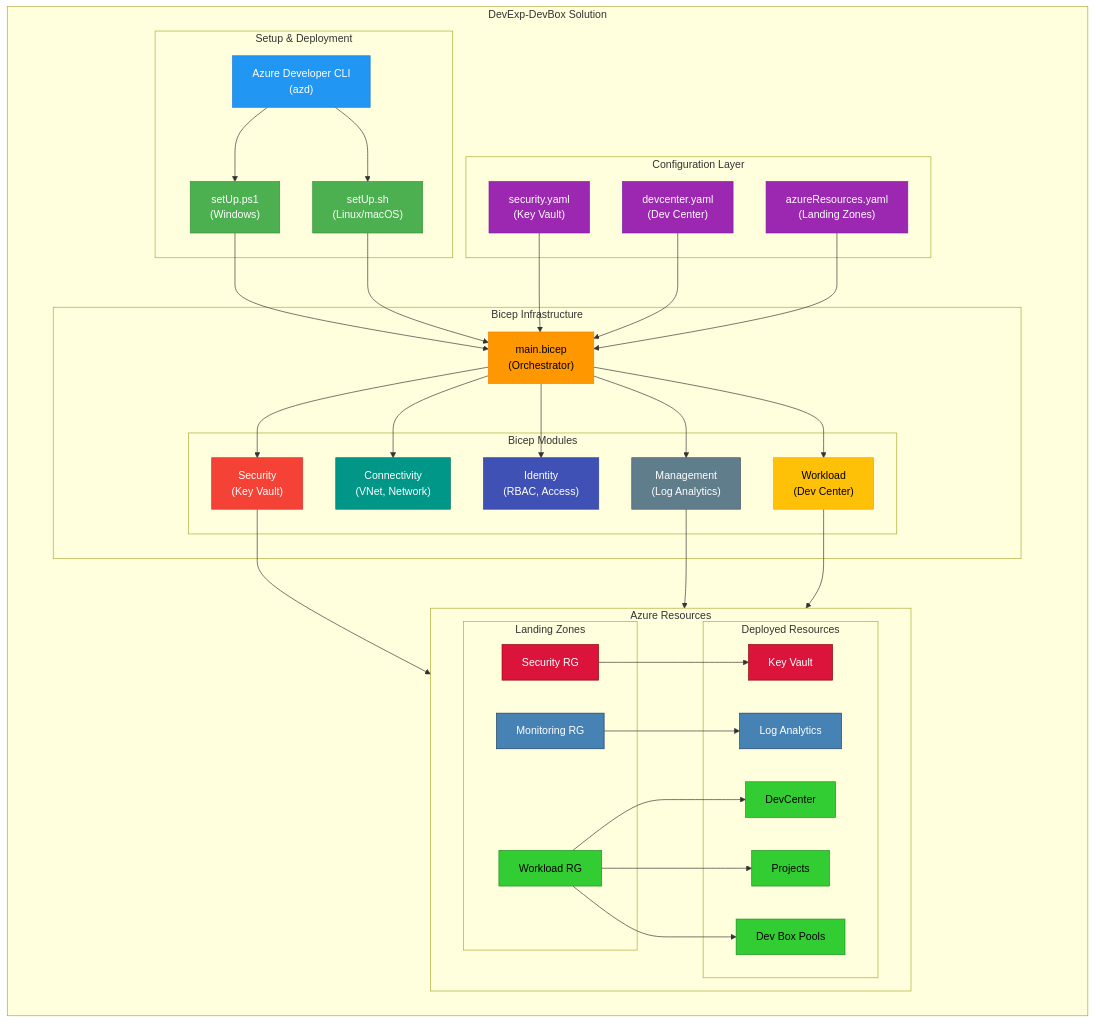
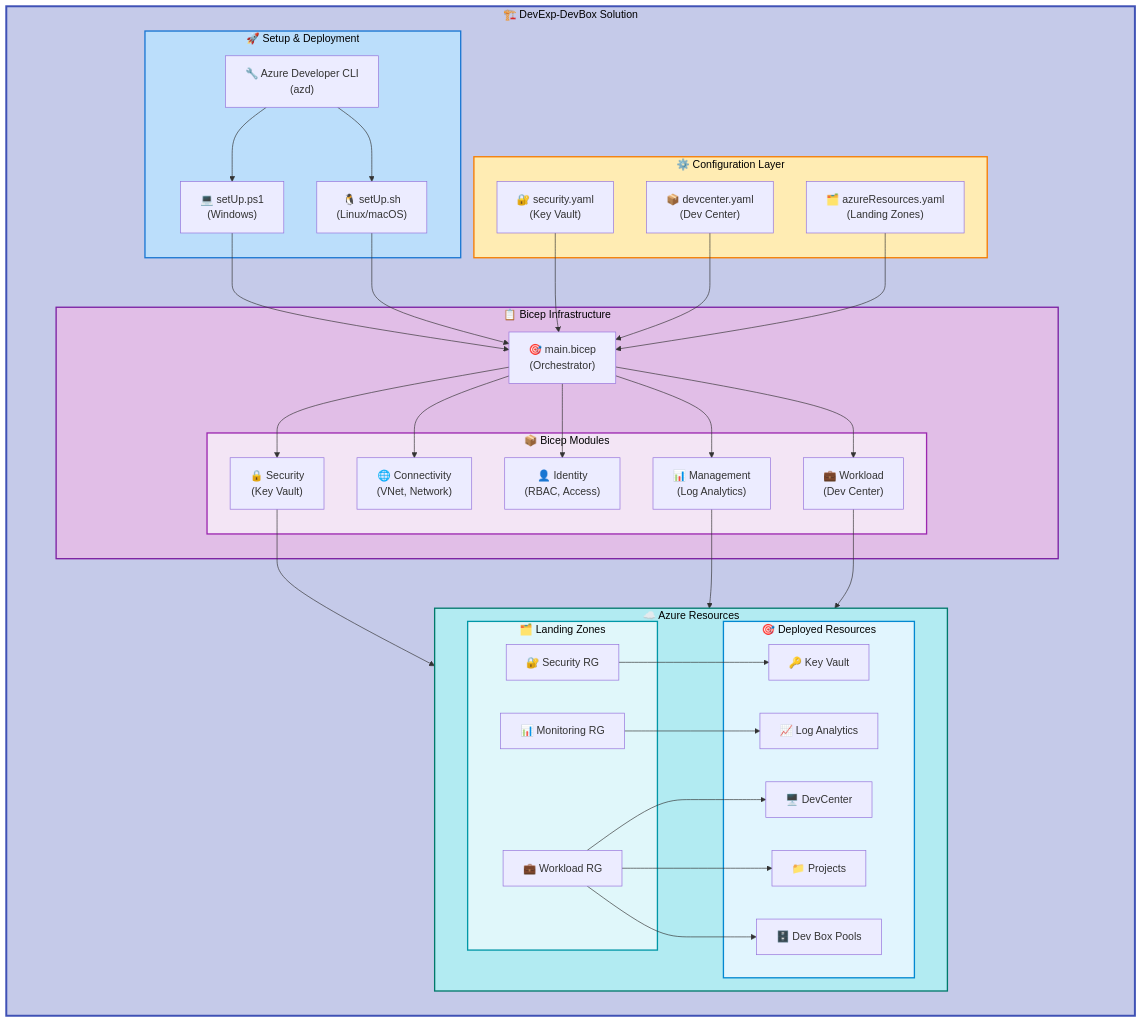
The diagram in README.md (Evilazaro/DevExp-DevBox), drawn with Mermaid before and after one commit.

Commit message:
Enhance README.md architecture diagram with improved descriptions and icons for clarity

````diff
--- a/README.md
+++ b/README.md
@@ -70,50 +70,50 @@
 ```mermaid
 flowchart TB
     accTitle: DevExp-DevBox Architecture
-    accDescr: Multi-tier Azure DevCenter deployment with modular Bicep infrastructure
+    accDescr: Multi-tier Azure DevCenter deployment with modular Bicep infrastructure across security, connectivity, identity, workload, and monitoring layers
 
-    subgraph main["DevExp-DevBox Solution"]
+    subgraph main["🏗️ DevExp-DevBox Solution"]
         direction TB
 
-        subgraph setup["Setup & Deployment"]
-            azd["Azure Developer CLI<br/>(azd)"]:::mdBlue
-            ps1["setUp.ps1<br/>(Windows)"]:::mdGreen
-            sh["setUp.sh<br/>(Linux/macOS)"]:::mdGreen
+        subgraph setup["🚀 Setup & Deployment"]
+            azd["🔧 Azure Developer CLI<br/>(azd)"]
+            ps1["💻 setUp.ps1<br/>(Windows)"]
+            sh["🐧 setUp.sh<br/>(Linux/macOS)"]
         end
 
-        subgraph config["Configuration Layer"]
-            yamlSec["security.yaml<br/>(Key Vault)"]:::mdPurple
-            yamlDC["devcenter.yaml<br/>(Dev Center)"]:::mdPurple
-            yamlOrg["azureResources.yaml<br/>(Landing Zones)"]:::mdPurple
+        subgraph config["⚙️ Configuration Layer"]
+            yamlSec["🔐 security.yaml<br/>(Key Vault)"]
+            yamlDC["📦 devcenter.yaml<br/>(Dev Center)"]
+            yamlOrg["🗂️ azureResources.yaml<br/>(Landing Zones)"]
         end
 
-        subgraph infra["Bicep Infrastructure"]
-            mainBicep["main.bicep<br/>(Orchestrator)"]:::mdOrange
+        subgraph infra["📋 Bicep Infrastructure"]
+            mainBicep["🎯 main.bicep<br/>(Orchestrator)"]
 
-            subgraph modules["Bicep Modules"]
-                sec["Security<br/>(Key Vault)"]:::mdRed
-                conn["Connectivity<br/>(VNet, Network)"]:::mdTeal
-                ident["Identity<br/>(RBAC, Access)"]:::mdIndigo
-                work["Workload<br/>(Dev Center)"]:::mdYellow
-                mon["Management<br/>(Log Analytics)"]:::mdGray
+            subgraph modules["📦 Bicep Modules"]
+                sec["🔒 Security<br/>(Key Vault)"]
+                conn["🌐 Connectivity<br/>(VNet, Network)"]
+                ident["👤 Identity<br/>(RBAC, Access)"]
+                work["💼 Workload<br/>(Dev Center)"]
+                mon["📊 Management<br/>(Log Analytics)"]
             end
         end
 
-        subgraph azure["Azure Resources"]
+        subgraph azure["☁️ Azure Resources"]
             direction LR
 
-            subgraph azLz["Landing Zones"]
-                rgSec["Security RG"]:::azSec
-                rgMon["Monitoring RG"]:::azMon
-                rgWork["Workload RG"]:::azWork
+            subgraph azLz["🗂️ Landing Zones"]
+                rgSec["🔐 Security RG"]
+                rgMon["📊 Monitoring RG"]
+                rgWork["💼 Workload RG"]
             end
 
-            subgraph azRes["Deployed Resources"]
-                kv["Key Vault"]:::azSec
-                la["Log Analytics"]:::azMon
-                dc["DevCenter"]:::azWork
-                proj["Projects"]:::azWork
-                pools["Dev Box Pools"]:::azWork
+            subgraph azRes["🎯 Deployed Resources"]
+                kv["🔑 Key Vault"]
+                la["📈 Log Analytics"]
+                dc["🖥️ DevCenter"]
+                proj["📁 Projects"]
+                pools["🗄️ Dev Box Pools"]
             end
         end
     end
@@ -143,16 +143,35 @@
     rgWork --> proj
     rgWork --> pools
 
-    classDef mdBlue fill:#2196F3,stroke:#1976D2,color:#fff
-    classDef mdGreen fill:#4CAF50,stroke:#388E3C,color:#fff
-    classDef mdPurple fill:#9C27B0,stroke:#7B1FA2,color:#fff
-    classDef mdOrange fill:#FF9800,stroke:#F57C00,color:#000
-    classDef mdRed fill:#F44336,stroke:#D32F2F,color:#fff
-    classDef mdTeal fill:#009688,stroke:#00796B,color:#fff
-    classDef mdIndigo fill:#3F51B5,stroke:#303F9F,color:#fff
-    classDef mdYellow fill:#FFC107,stroke:#FFA000,color:#000
-    classDef mdGray fill:#607D8B,stroke:#455A64,color:#fff
-    classDef azSec fill:#DC143C,stroke:#8B0000,color:#fff
-    classDef azMon fill:#4682B4,stroke:#1E3A5F,color:#fff
-    classDef azWork fill:#32CD32,stroke:#228B22,color:#000
+    %% Main container - Indigo 100 (hierarchical level 1)
+    style main fill:#C5CAE9,stroke:#3F51B5,stroke-width:3px,color:#000
+
+    %% Setup & Deployment - Blue 100 (semantic: deployment/tooling)
+    style setup fill:#BBDEFB,stroke:#1976D2,stroke-width:2px,color:#000
+
+    %% Configuration Layer - Amber 100 (semantic: configuration)
+    style config fill:#FFECB3,stroke:#F57C00,stroke-width:2px,color:#000
+
+    %% Bicep Infrastructure - Purple 100 (semantic: infrastructure-as-code)
+    style infra fill:#E1BEE7,stroke:#7B1FA2,stroke-width:2px,color:#000
+
+    %% Bicep Modules - Purple 50 (hierarchical level 3)
+    style modules fill:#F3E5F5,stroke:#9C27B0,stroke-width:2px,color:#000
+
+    %% Azure Resources - Cyan 100 (semantic: cloud resources)
+    style azure fill:#B2EBF2,stroke:#00796B,stroke-width:2px,color:#000
+
+    %% Landing Zones - Cyan 50 (hierarchical level 3)
+    style azLz fill:#E0F7FA,stroke:#0097A7,stroke-width:2px,color:#000
+
+    %% Deployed Resources - Light Blue 50 (hierarchical level 3)
+    style azRes fill:#E1F5FE,stroke:#0288D1,stroke-width:2px,color:#000
+
+    %% Color Documentation Block
+    %% Material Design 100-level palette (WCAG AA compliant)
+    %% Blue 100 (#BBDEFB): Deployment tools and automation
+    %% Amber 100 (#FFECB3): Configuration and settings
+    %% Purple 100 (#E1BEE7): Infrastructure-as-code templates
+    %% Cyan 100 (#B2EBF2): Cloud resources and services
+    %% Indigo 100 (#C5CAE9): Main container hierarchy
 ```
````
